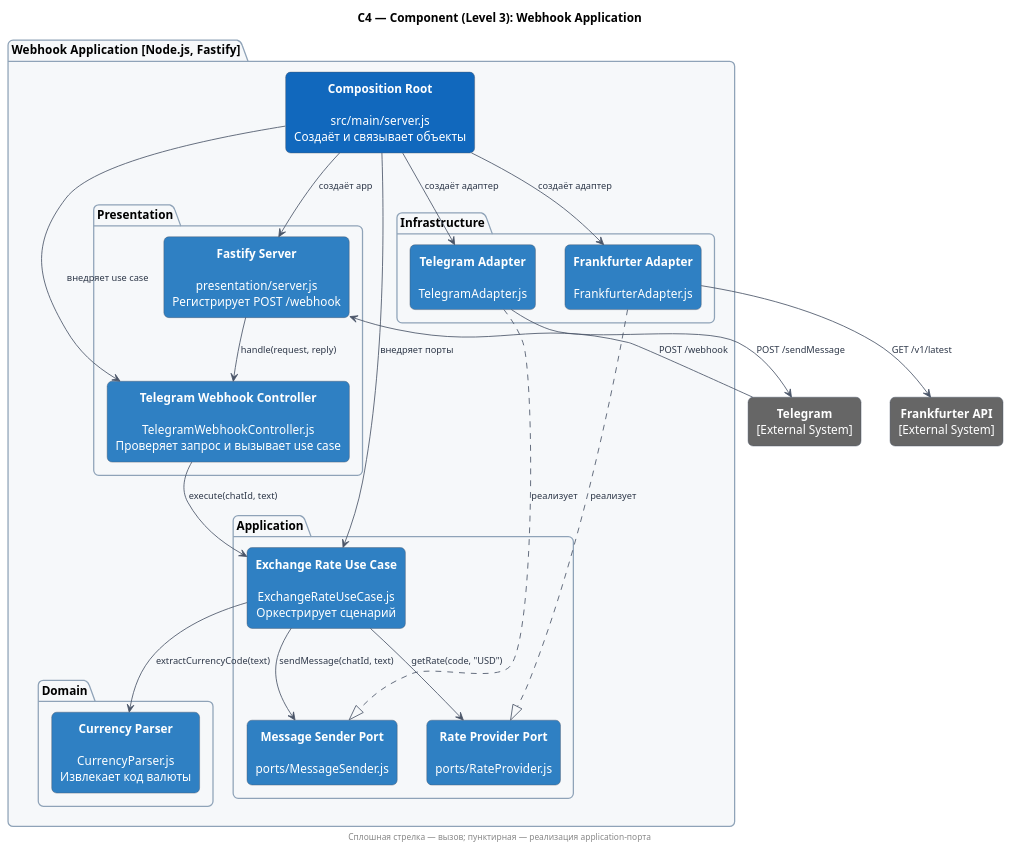
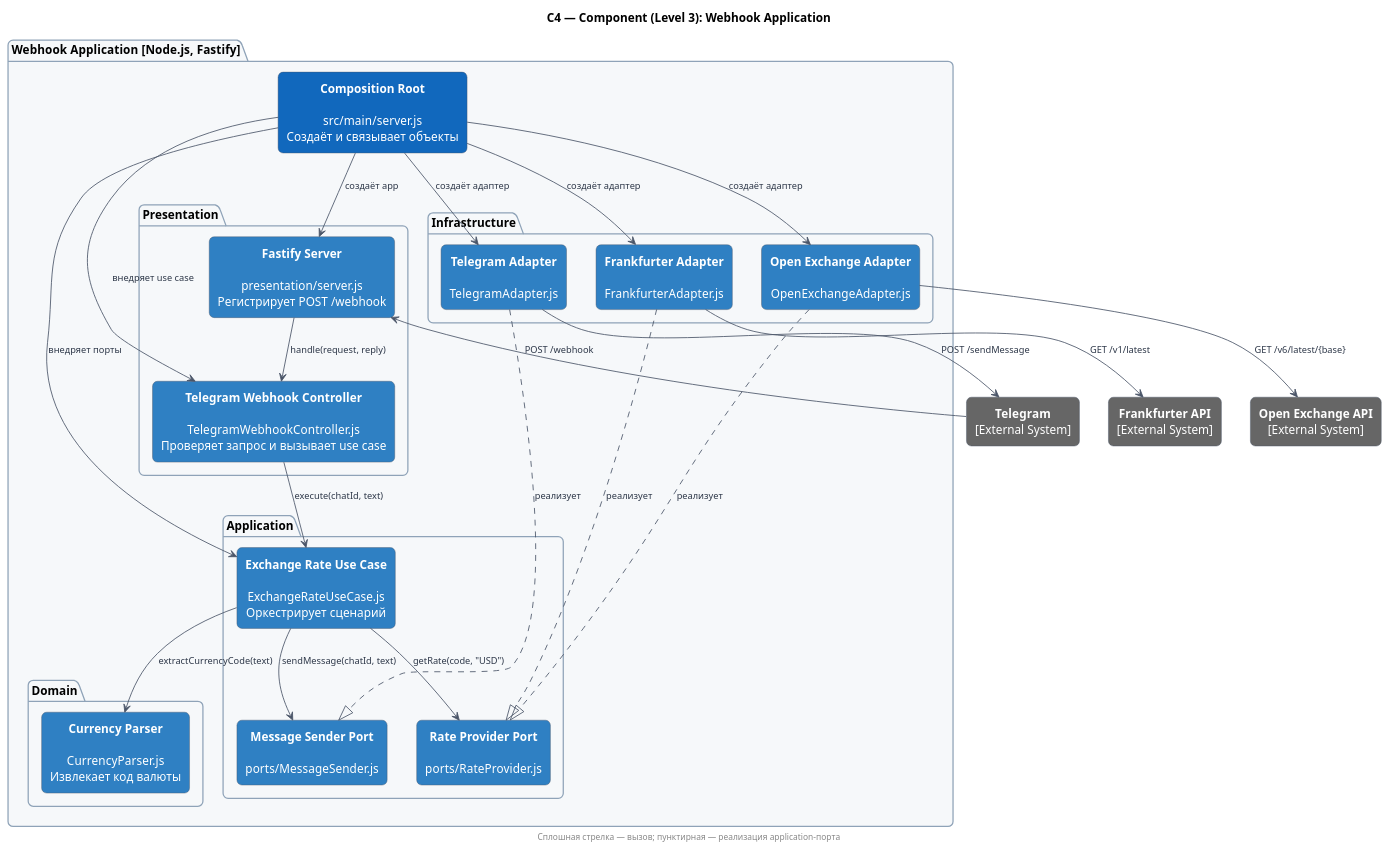
The diagram in docs/c4-component.puml (Emilo067/exchange-rate-bot), drawn with PlantUML before and after one commit. The commit also changed 6 other files, not shown here.

```diff
--- a/docs/c4-component.puml
+++ b/docs/c4-component.puml
@@ -1,65 +1,70 @@
 @startuml
 title C4 — Component (Level 3): Webhook Application
 
 top to bottom direction
 skinparam shadowing false
 skinparam roundCorner 12
 skinparam defaultFontName Arial
 skinparam defaultTextAlignment center
 skinparam ArrowColor #4A5568
 skinparam ArrowFontColor #2D3748
 skinparam ArrowFontSize 11
 skinparam package {
   BorderColor #8FA3B8
   BackgroundColor #F6F8FA
 }
 skinparam rectangle {
   BorderColor #4A5568
 }
 
 rectangle telegram as "<color:white><b>Telegram</b></color>\n<color:white>[External System]</color>" #666666
 rectangle frankfurter as "<color:white><b>Frankfurter API</b></color>\n<color:white>[External System]</color>" #666666
+rectangle open_exchange as "<color:white><b>Open Exchange API</b></color>\n<color:white>[External System]</color>" #666666
 
 package "Webhook Application  [Node.js, Fastify]" as application_container {
   rectangle composition_root as "<color:white><b>Composition Root</b></color>\n\n<color:white>src/main/server.js</color>\n<color:white>Создаёт и связывает объекты</color>" #1168BD
 
   package "Presentation" {
     rectangle fastify_server as "<color:white><b>Fastify Server</b></color>\n\n<color:white>presentation/server.js</color>\n<color:white>Регистрирует POST /webhook</color>" #2F80C3
     rectangle webhook_controller as "<color:white><b>Telegram Webhook Controller</b></color>\n\n<color:white>TelegramWebhookController.js</color>\n<color:white>Проверяет запрос и вызывает use case</color>" #2F80C3
   }
 
   package "Application" {
     rectangle use_case as "<color:white><b>Exchange Rate Use Case</b></color>\n\n<color:white>ExchangeRateUseCase.js</color>\n<color:white>Оркестрирует сценарий</color>" #2F80C3
     rectangle rate_provider_port as "<color:white><b>Rate Provider Port</b></color>\n\n<color:white>ports/RateProvider.js</color>" #2F80C3
     rectangle message_sender_port as "<color:white><b>Message Sender Port</b></color>\n\n<color:white>ports/MessageSender.js</color>" #2F80C3
   }
 
   package "Domain" {
     rectangle currency_parser as "<color:white><b>Currency Parser</b></color>\n\n<color:white>CurrencyParser.js</color>\n<color:white>Извлекает код валюты</color>" #2F80C3
   }
 
   package "Infrastructure" {
     rectangle frankfurter_adapter as "<color:white><b>Frankfurter Adapter</b></color>\n\n<color:white>FrankfurterAdapter.js</color>" #2F80C3
+    rectangle open_exchange_adapter as "<color:white><b>Open Exchange Adapter</b></color>\n\n<color:white>OpenExchangeAdapter.js</color>" #2F80C3
     rectangle telegram_adapter as "<color:white><b>Telegram Adapter</b></color>\n\n<color:white>TelegramAdapter.js</color>" #2F80C3
   }
 }
 
 composition_root --> fastify_server : создаёт app
 composition_root --> webhook_controller : внедряет use case
 composition_root --> use_case : внедряет порты
 composition_root --> frankfurter_adapter : создаёт адаптер
+composition_root --> open_exchange_adapter : создаёт адаптер
 composition_root --> telegram_adapter : создаёт адаптер
 
 telegram --> fastify_server : POST /webhook
 fastify_server --> webhook_controller : handle(request, reply)
 webhook_controller --> use_case : execute(chatId, text)
 use_case --> currency_parser : extractCurrencyCode(text)
 use_case --> rate_provider_port : getRate(code, "USD")
 use_case --> message_sender_port : sendMessage(chatId, text)
 frankfurter_adapter ..|> rate_provider_port : реализует
+open_exchange_adapter ..|> rate_provider_port : реализует
 telegram_adapter ..|> message_sender_port : реализует
 frankfurter_adapter --> frankfurter : GET /v1/latest
+open_exchange_adapter --> open_exchange : GET /v6/latest/{base}
 telegram_adapter --> telegram : POST /sendMessage
 
 footer Сплошная стрелка — вызов; пунктирная — реализация application-порта
 @enduml
```
